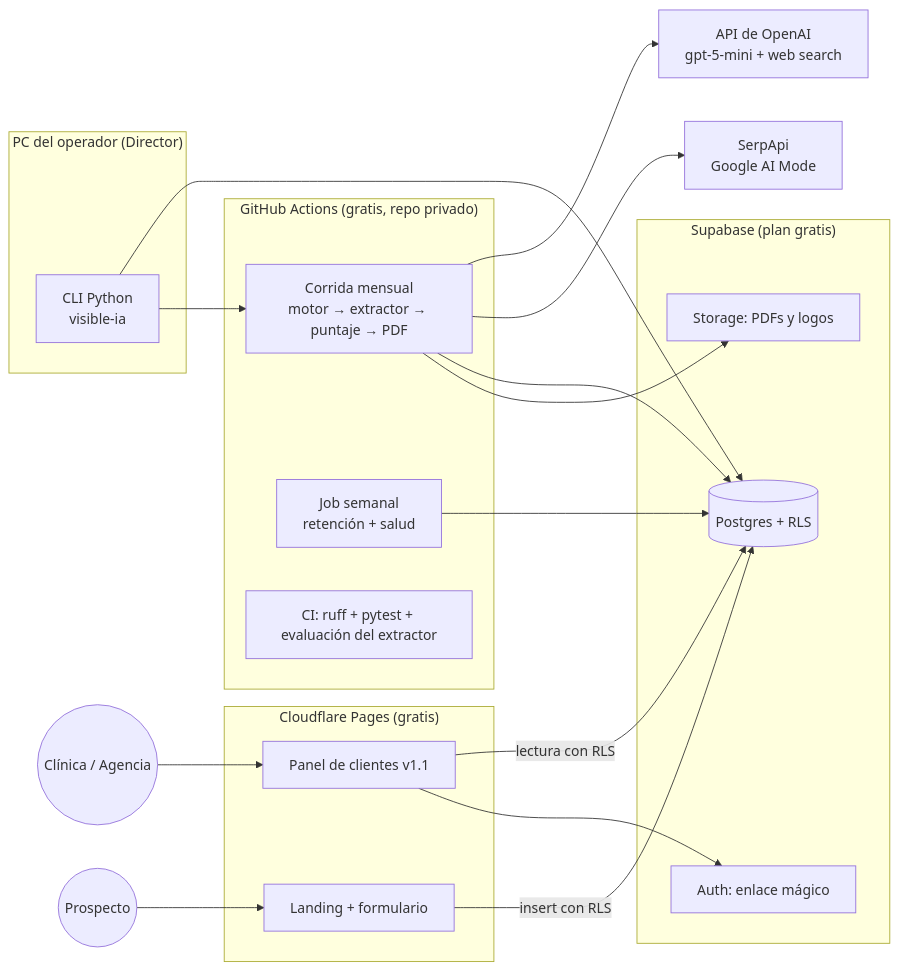
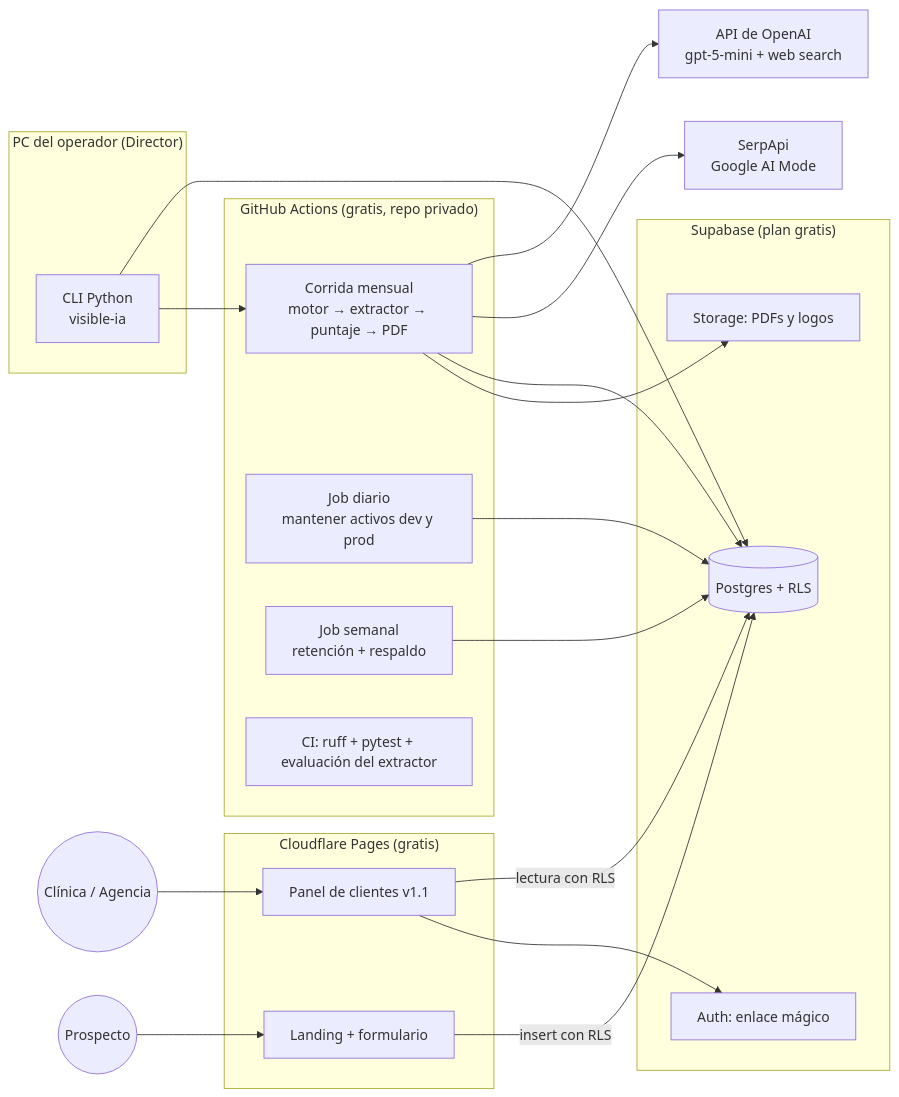
Before and after one commit to GGThomson/visible-ia: the diagram in docs/04-arquitectura/arquitectura.md, drawn with Mermaid. The commit also changed other lines of this file and 1 other file, not shown here.

Commit message:
docs: approve architecture; daily Supabase keep-alive and Edge Functions for v1.2 webhooks (F4)

````diff
--- a/docs/04-arquitectura/arquitectura.md
+++ b/docs/04-arquitectura/arquitectura.md
@@ -5,34 +5,36 @@
 ```mermaid
 flowchart LR
   subgraph Operador["PC del operador (Director)"]
     CLI["CLI Python<br/>visible-ia"]
   end
   subgraph GH["GitHub Actions (gratis, repo privado)"]
     JOB["Corrida mensual<br/>motor → extractor → puntaje → PDF"]
-    WEEK["Job semanal<br/>retención + salud"]
+    DAY["Job diario<br/>mantener activos dev y prod"]
+    WEEK["Job semanal<br/>retención + respaldo"]
     CI["CI: ruff + pytest + evaluación del extractor"]
   end
   subgraph SB["Supabase (plan gratis)"]
     DB[(Postgres + RLS)]
     AUTH[Auth: enlace mágico]
     ST[Storage: PDFs y logos]
   end
   subgraph CF["Cloudflare Pages (gratis)"]
     LAND[Landing + formulario]
     PANEL[Panel de clientes v1.1]
   end
   OAI[API de OpenAI<br/>gpt-5-mini + web search]
   SERP[SerpApi<br/>Google AI Mode]
   CLI --> DB
   CLI --> JOB
   JOB --> OAI
   JOB --> SERP
   JOB --> DB
   JOB --> ST
+  DAY --> DB
   WEEK --> DB
   LAND -- insert con RLS --> DB
   PANEL -- lectura con RLS --> DB
   PANEL --> AUTH
   Clinica((Clínica / Agencia)) --> PANEL
   Prospecto((Prospecto)) --> LAND
 ```
````
